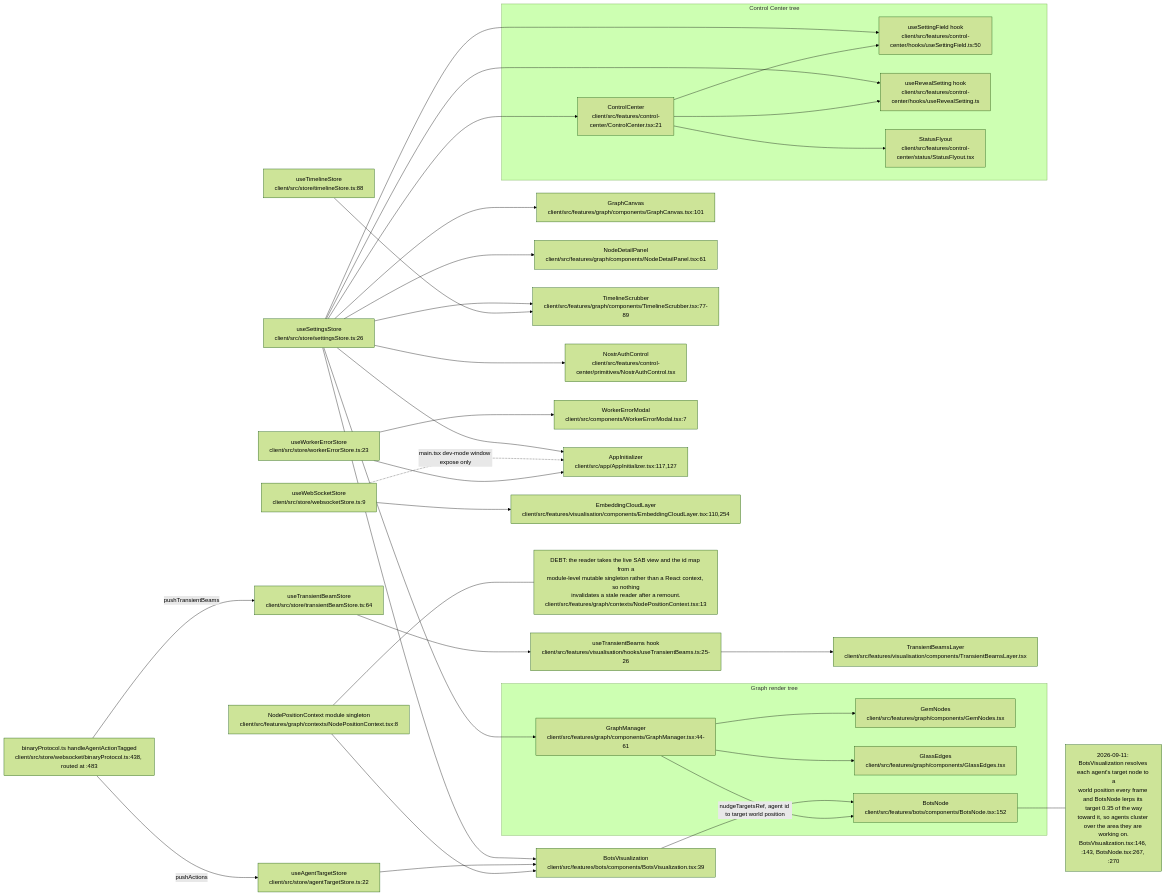
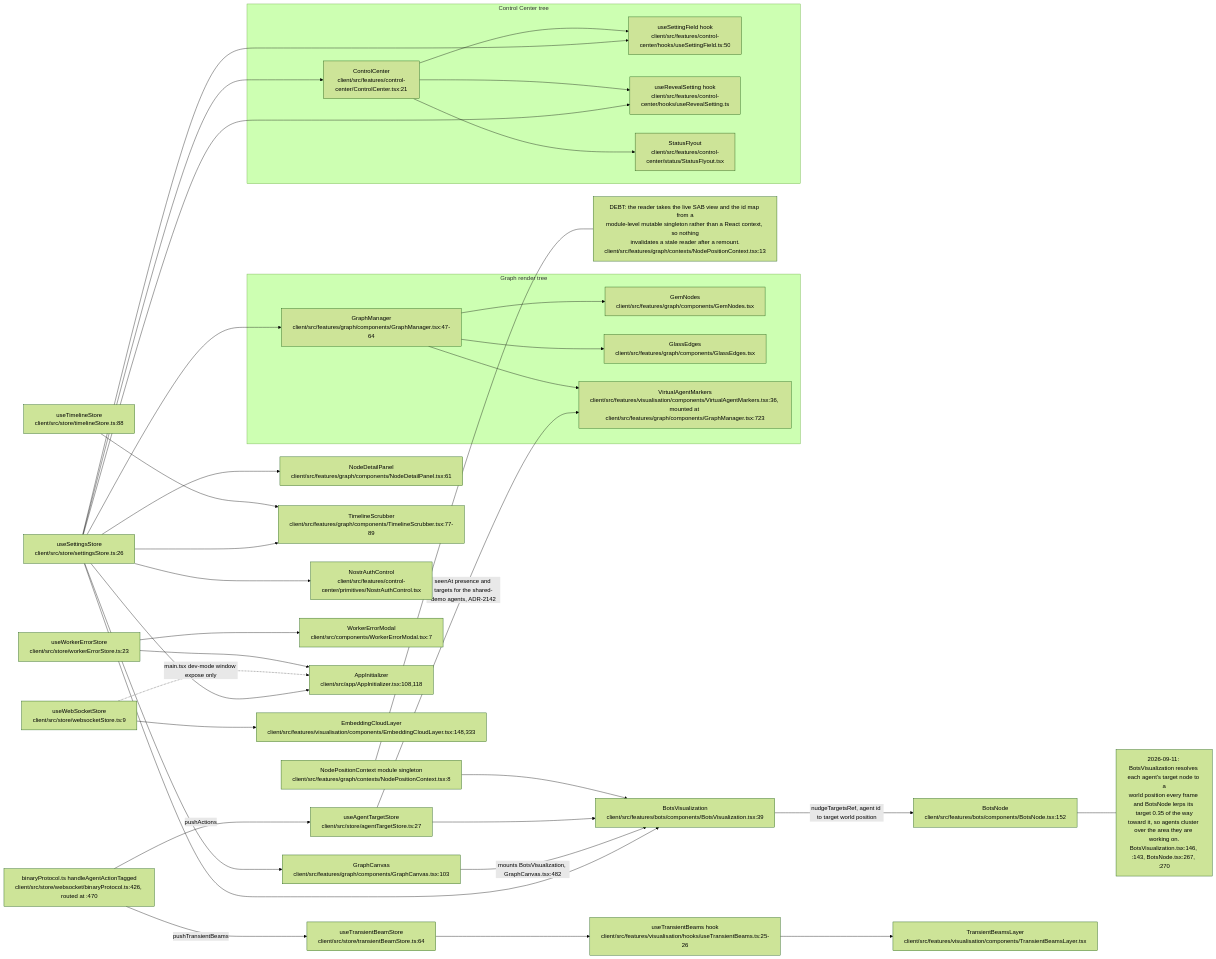
Diagram 12 of 12 in docs/diagrams/visionclaw/30-client-boot-and-state.md (DreamLab-AI/VisionFlow), drawn with Mermaid (forest theme) before and after one commit. The commit also changed other lines of this file and 160 other files, not shown here.

````diff
--- a/docs/diagrams/visionclaw/30-client-boot-and-state.md
+++ b/docs/diagrams/visionclaw/30-client-boot-and-state.md
@@ -713,73 +743,76 @@
 ```mermaid
 flowchart LR
     settingsStore["useSettingsStore<br/>client/src/store/settingsStore.ts:26"]
     websocketStore["useWebSocketStore<br/>client/src/store/websocketStore.ts:9"]
     timelineStore["useTimelineStore<br/>client/src/store/timelineStore.ts:88"]
     beamStore["useTransientBeamStore<br/>client/src/store/transientBeamStore.ts:64"]
-    agentTargetStore["useAgentTargetStore<br/>client/src/store/agentTargetStore.ts:22"]
+    agentTargetStore["useAgentTargetStore<br/>client/src/store/agentTargetStore.ts:27"]
     nodePosCtx["NodePositionContext module singleton<br/>client/src/features/graph/contexts/NodePositionContext.tsx:8"]
     workerErrStore["useWorkerErrorStore<br/>client/src/store/workerErrorStore.ts:23"]
 
-    GraphManager["GraphManager<br/>client/src/features/graph/components/GraphManager.tsx:44-61"]
-    GraphCanvas["GraphCanvas<br/>client/src/features/graph/components/GraphCanvas.tsx:101"]
+    GraphManager["GraphManager<br/>client/src/features/graph/components/GraphManager.tsx:47-64"]
+    GraphCanvas["GraphCanvas<br/>client/src/features/graph/components/GraphCanvas.tsx:103"]
     NodeDetailPanel["NodeDetailPanel<br/>client/src/features/graph/components/NodeDetailPanel.tsx:61"]
     GemNodes["GemNodes<br/>client/src/features/graph/components/GemNodes.tsx"]
     GlassEdges["GlassEdges<br/>client/src/features/graph/components/GlassEdges.tsx"]
     TimelineScrubber["TimelineScrubber<br/>client/src/features/graph/components/TimelineScrubber.tsx:77-89"]
     ControlCenter["ControlCenter<br/>client/src/features/control-center/ControlCenter.tsx:21"]
     SettingField["useSettingField hook<br/>client/src/features/control-center/hooks/useSettingField.ts:50"]
     RevealSetting["useRevealSetting hook<br/>client/src/features/control-center/hooks/useRevealSetting.ts"]
     NostrAuthControl["NostrAuthControl<br/>client/src/features/control-center/primitives/NostrAuthControl.tsx"]
     StatusFlyout["StatusFlyout<br/>client/src/features/control-center/status/StatusFlyout.tsx"]
     BotsVisualization["BotsVisualization<br/>client/src/features/bots/components/BotsVisualization.tsx:39"]
+    VirtualAgentMarkers["VirtualAgentMarkers<br/>client/src/features/visualisation/components/VirtualAgentMarkers.tsx:36, mounted at client/src/features/graph/components/GraphManager.tsx:723"]
     BotsNode["BotsNode<br/>client/src/features/bots/components/BotsNode.tsx:152"]
     WorkerErrorModal["WorkerErrorModal<br/>client/src/components/WorkerErrorModal.tsx:7"]
-    AppInitializer["AppInitializer<br/>client/src/app/AppInitializer.tsx:117,127"]
-    EmbeddingCloudLayer["EmbeddingCloudLayer<br/>client/src/features/visualisation/components/EmbeddingCloudLayer.tsx:110,254"]
+    AppInitializer["AppInitializer<br/>client/src/app/AppInitializer.tsx:108,118"]
+    EmbeddingCloudLayer["EmbeddingCloudLayer<br/>client/src/features/visualisation/components/EmbeddingCloudLayer.tsx:148,333"]
     useTransientBeams["useTransientBeams hook<br/>client/src/features/visualisation/hooks/useTransientBeams.ts:25-26"]
     TransientBeamsLayer["TransientBeamsLayer<br/>client/src/features/visualisation/components/TransientBeamsLayer.tsx"]
-    binaryProtocol["binaryProtocol.ts handleAgentActionTagged<br/>client/src/store/websocket/binaryProtocol.ts:438, routed at :483"]
+    binaryProtocol["binaryProtocol.ts handleAgentActionTagged<br/>client/src/store/websocket/binaryProtocol.ts:426, routed at :470"]
 
     settingsStore --> GraphManager
     settingsStore --> GraphCanvas
     settingsStore --> NodeDetailPanel
     settingsStore --> TimelineScrubber
     settingsStore --> ControlCenter
     settingsStore --> SettingField
     settingsStore --> RevealSetting
     settingsStore --> NostrAuthControl
     settingsStore --> BotsVisualization
     settingsStore --> AppInitializer
 
     websocketStore --> EmbeddingCloudLayer
     websocketStore -.->|main.tsx dev-mode window expose only| AppInitializer
 
     timelineStore --> TimelineScrubber
 
     beamStore --> useTransientBeams
     useTransientBeams --> TransientBeamsLayer
     binaryProtocol -->|pushTransientBeams| beamStore
     binaryProtocol -->|pushActions| agentTargetStore
+    GraphCanvas -->|"mounts BotsVisualization, GraphCanvas.tsx:482"| BotsVisualization
     agentTargetStore --> BotsVisualization
+    agentTargetStore -->|"seenAt presence and targets for the shared-demo agents, ADR-2142"| VirtualAgentMarkers
     nodePosCtx --> BotsVisualization
     BotsVisualization -->|"nudgeTargetsRef, agent id to target world position"| BotsNode
     NudgeNote["2026-09-11: BotsVisualization resolves each agent's target node to a<br/>world position every frame and BotsNode lerps its target 0.35 of the way<br/>toward it, so agents cluster over the area they are working on.<br/>BotsVisualization.tsx:146, :143, BotsNode.tsx:267, :270"]
     BotsNode --- NudgeNote
     NudgeDebt["DEBT: the reader takes the live SAB view and the id map from a<br/>module-level mutable singleton rather than a React context, so nothing<br/>invalidates a stale reader after a remount.<br/>client/src/features/graph/contexts/NodePositionContext.tsx:13"]
     nodePosCtx --- NudgeDebt
 
     workerErrStore --> WorkerErrorModal
     workerErrStore --> AppInitializer
 
     subgraph GraphRenderTree["Graph render tree"]
         GraphManager --> GemNodes
         GraphManager --> GlassEdges
-        GraphManager --> BotsNode
+        GraphManager --> VirtualAgentMarkers
     end
 
     subgraph ControlCenterTree["Control Center tree"]
         ControlCenter --> SettingField
         ControlCenter --> RevealSetting
         ControlCenter --> StatusFlyout
     end
 ```
````
